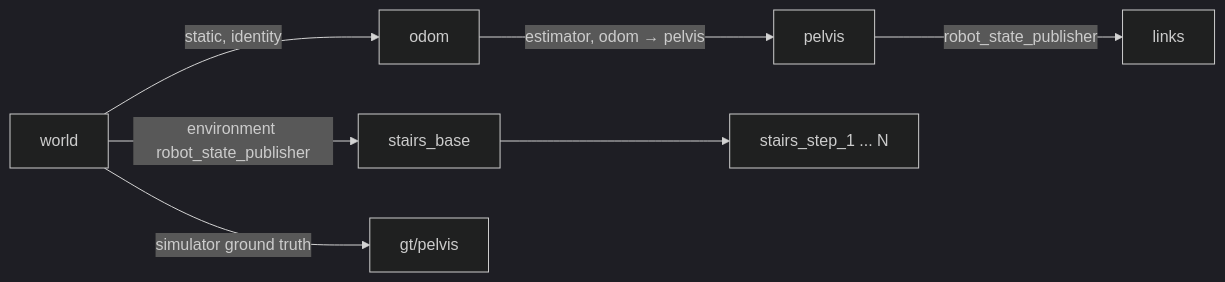
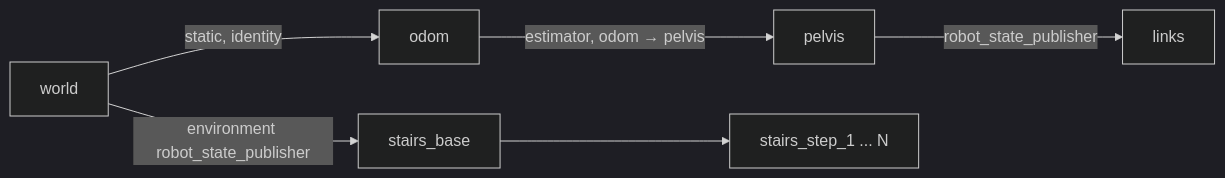
Before and after one commit to wei-hsuan-cheng/legged_robot_mpc_controller: the diagram in README.md, drawn with Mermaid (dark theme). The commit also changed other lines of this file and 4 other files, not shown here.

First line of the commit message:
DOCS: show estimator feedback in control diagrams

````diff
--- a/README.md
+++ b/README.md
@@ -225,11 +225,10 @@
 ```mermaid
 flowchart LR
     world -->|"static, identity"| odom
     odom -->|"estimator, odom → pelvis"| pelvis
     pelvis -->|"robot_state_publisher"| links
 
     world -->|"environment robot_state_publisher"| stairs_base
     stairs_base --> stairs_steps["stairs_step_1 ... N"]
 
-    world -->|"simulator ground truth"| gt_pelvis["gt/pelvis"]
 ```
````
